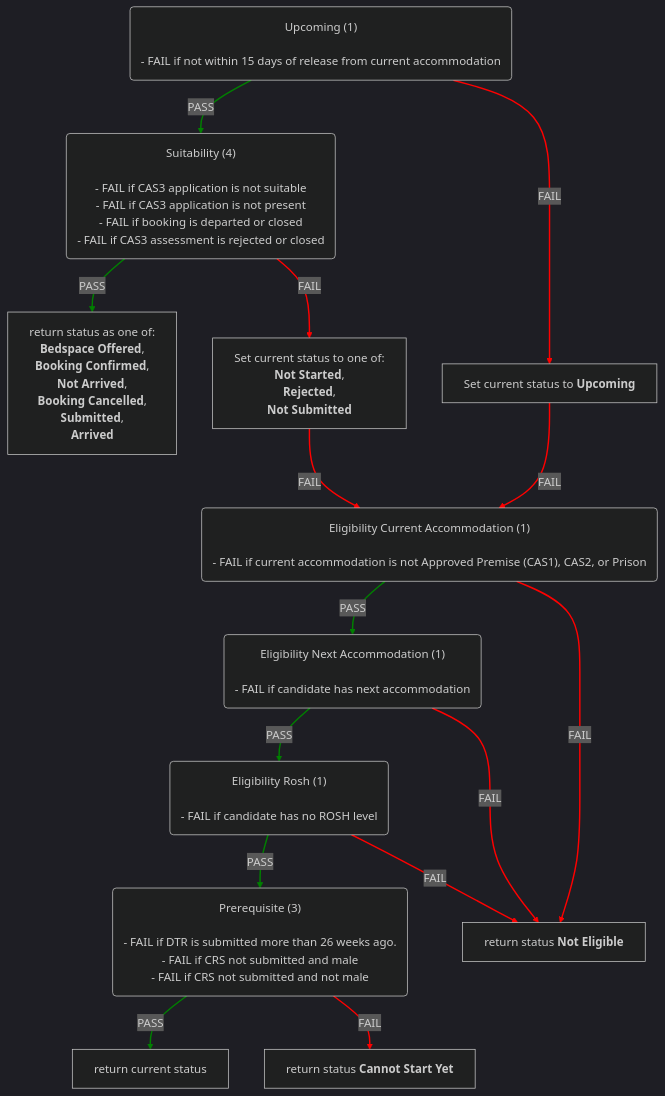
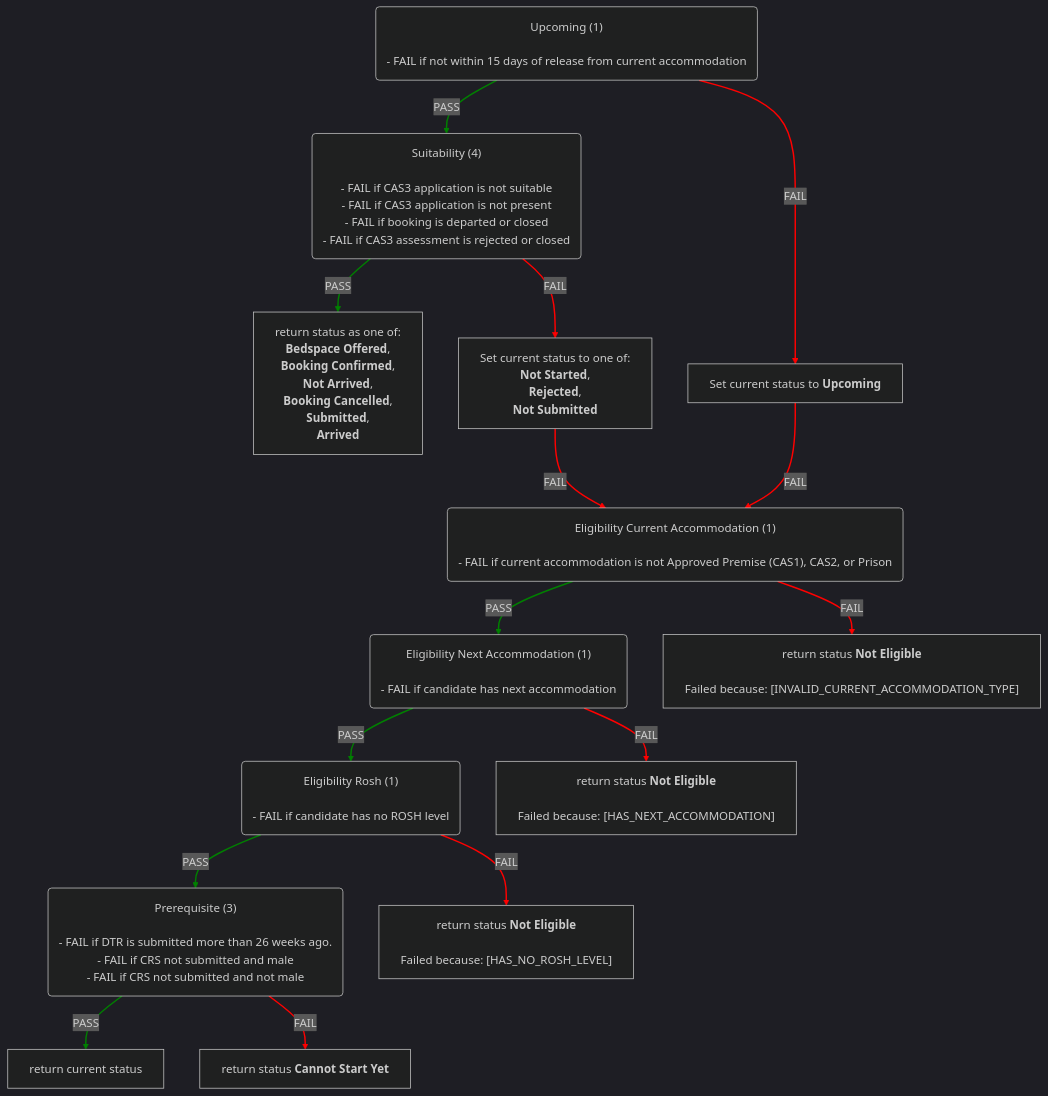
One commit to ministryofjustice/hmpps-single-accommodation-service-api changed the third of 6 diagrams in docs/eligibility-rules-graph.md. Above: the diagram before and after it, drawn with Mermaid (dark theme). The commit also changed other lines of this file and 49 other files, not shown here.

Commit message:
chore/SAS-1533-Add-failure-reasons-to-static-graph

````diff
--- a/docs/eligibility-rules-graph.md
+++ b/docs/eligibility-rules-graph.md
@@ -300,58 +334,66 @@
 ```mermaid
 %%{init: {"flowchart": {"wrappingWidth": 800}}}%%
 flowchart TD
   Upcoming("Upcoming (1)
 
 - FAIL if not within 15 days of release from current accommodation")
   Suitability("Suitability (4)
 
 - FAIL if CAS3 application is not suitable
 - FAIL if CAS3 application is not present
 - FAIL if booking is departed or closed
 - FAIL if CAS3 assessment is rejected or closed")
   return_status_as_one_of__Bedspace_Offered___Booking_Confirmed___Not_Arrived___Booking_Cancelled___Submitted___Arrived["return status as one of:
 <b>Bedspace Offered</b>,
  <b>Booking Confirmed</b>,
  <b>Not Arrived</b>,
  <b>Booking Cancelled</b>,
  <b>Submitted</b>,
  <b>Arrived</b>"]
   Set_current_status_to_one_of__Not_Started___Rejected___Not_Submitted["Set current status to one of:
 <b>Not Started</b>,
  <b>Rejected</b>,
  <b>Not Submitted</b>"]
   Eligibility_Current_Accommodation("Eligibility Current Accommodation (1)
 
 - FAIL if current accommodation is not Approved Premise (CAS1), CAS2, or Prison")
   Eligibility_Next_Accommodation("Eligibility Next Accommodation (1)
 
 - FAIL if candidate has next accommodation")
   Eligibility_Rosh("Eligibility Rosh (1)
 
 - FAIL if candidate has no ROSH level")
   Prerequisite("Prerequisite (3)
 
 - FAIL if DTR is submitted more than 26 weeks ago.
 - FAIL if CRS not submitted and male
 - FAIL if CRS not submitted and not male")
   return_current_status["return current status"]
   return_status_Cannot_Start_Yet["return status <b>Cannot Start Yet</b>"]
-  return_status_Not_Eligible["return status <b>Not Eligible</b>"]
+  return_status_Not_Eligible__Failed_because___HAS_NO_ROSH_LEVEL_["return status <b>Not Eligible</b>
+
+Failed because: [HAS_NO_ROSH_LEVEL]"]
+  return_status_Not_Eligible__Failed_because___HAS_NEXT_ACCOMMODATION_["return status <b>Not Eligible</b>
+
+Failed because: [HAS_NEXT_ACCOMMODATION]"]
+  return_status_Not_Eligible__Failed_because___INVALID_CURRENT_ACCOMMODATION_TYPE_["return status <b>Not Eligible</b>
+
+Failed because: [INVALID_CURRENT_ACCOMMODATION_TYPE]"]
   Set_current_status_to_Upcoming["Set current status to <b>Upcoming</b>"]
   Suitability -->|PASS| return_status_as_one_of__Bedspace_Offered___Booking_Confirmed___Not_Arrived___Booking_Cancelled___Submitted___Arrived
   Suitability -->|FAIL| Set_current_status_to_one_of__Not_Started___Rejected___Not_Submitted
   Prerequisite -->|PASS| return_current_status
   Prerequisite -->|FAIL| return_status_Cannot_Start_Yet
   Eligibility_Rosh -->|PASS| Prerequisite
-  Eligibility_Rosh -->|FAIL| return_status_Not_Eligible
+  Eligibility_Rosh -->|FAIL| return_status_Not_Eligible__Failed_because___HAS_NO_ROSH_LEVEL_
   Eligibility_Next_Accommodation -->|PASS| Eligibility_Rosh
-  Eligibility_Next_Accommodation -->|FAIL| return_status_Not_Eligible
+  Eligibility_Next_Accommodation -->|FAIL| return_status_Not_Eligible__Failed_because___HAS_NEXT_ACCOMMODATION_
   Eligibility_Current_Accommodation -->|PASS| Eligibility_Next_Accommodation
-  Eligibility_Current_Accommodation -->|FAIL| return_status_Not_Eligible
+  Eligibility_Current_Accommodation -->|FAIL| return_status_Not_Eligible__Failed_because___INVALID_CURRENT_ACCOMMODATION_TYPE_
   Set_current_status_to_one_of__Not_Started___Rejected___Not_Submitted -->|FAIL| Eligibility_Current_Accommodation
   Upcoming -->|PASS| Suitability
   Upcoming -->|FAIL| Set_current_status_to_Upcoming
   Set_current_status_to_Upcoming -->|FAIL| Eligibility_Current_Accommodation
   linkStyle 0,2,4,6,8,11 stroke:green,stroke-width:2px
   linkStyle 1,3,5,7,9,10,12,13 stroke:red,stroke-width:2px
 ```
````
